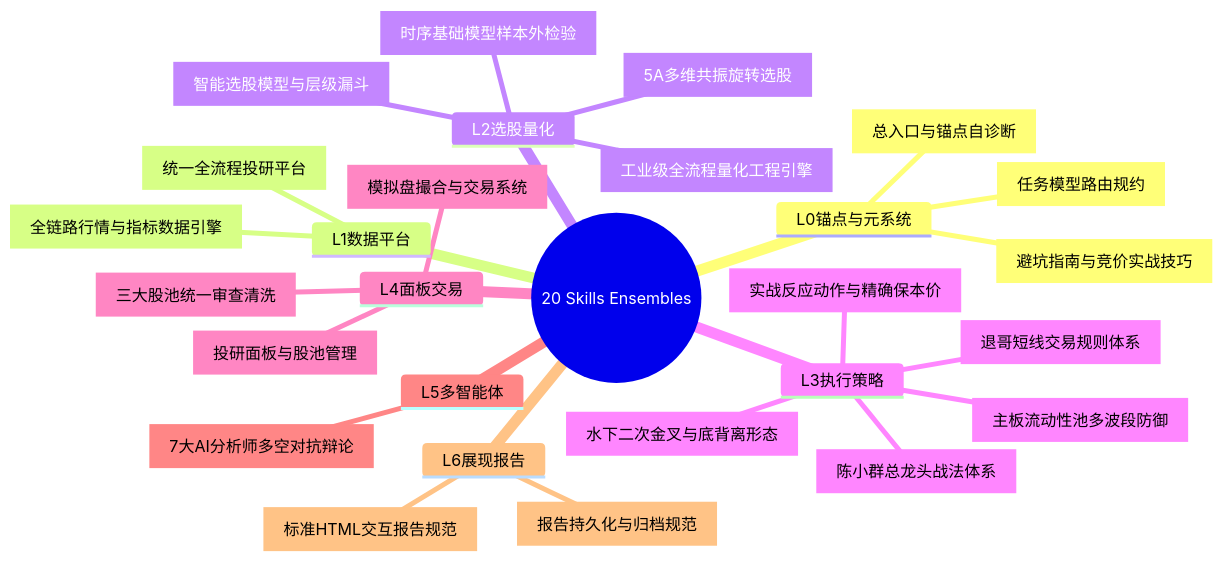
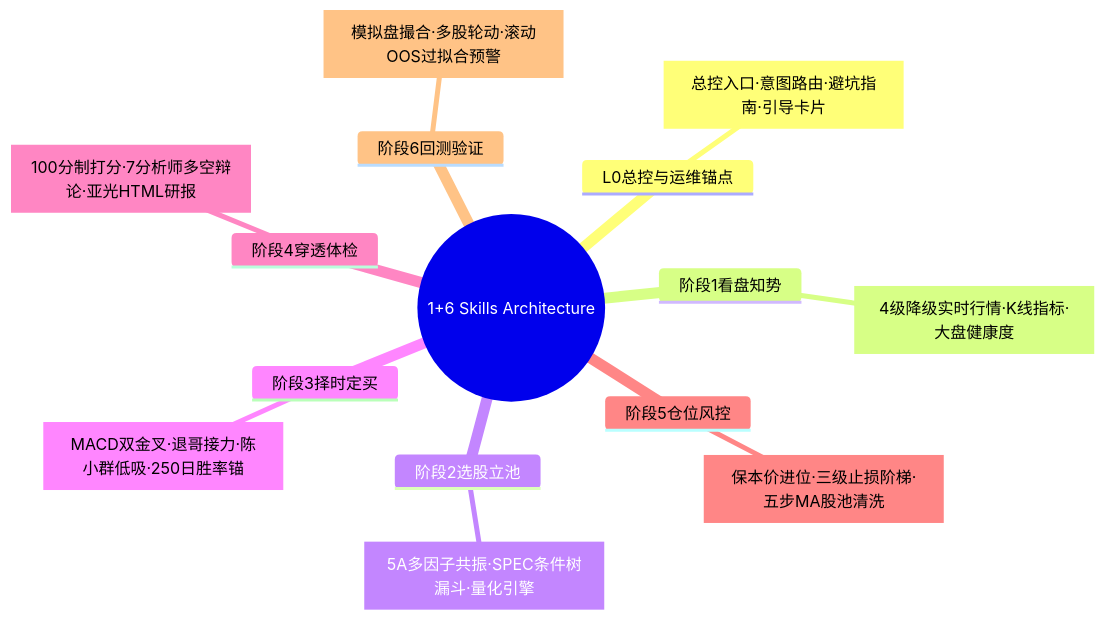
One commit to cvdnn/a_stock_agents changed the second of 3 diagrams in docs/index.md. Above: the diagram before and after it, drawn with Mermaid. The commit also changed other lines of this file and 298 other files, not shown here.

````diff
--- a/docs/index.md
+++ b/docs/index.md
@@ -288,31 +275,18 @@
 ```mermaid
 mindmap
-  root((20 Skills Ensembles))
-    L0锚点与元系统
-      a-stock-agents[总入口与锚点自诊断]
-      astock-meta-routing[任务模型路由规约]
-      astock-knowledge-tips[避坑指南与竞价实战技巧]
-    L1数据平台
-      astock-data-feed[全链路行情与指标数据引擎]
-      astock-platform-evaluate[统一全流程投研平台]
-    L2选股量化
-      astock-screener-5a[5A多维共振旋转选股]
-      astock-selection-model[智能选股模型与层级漏斗]
-      astock-quant-engine[工业级全流程量化工程引擎]
-      astock-model-validation[时序基础模型样本外检验]
-    L3执行策略
-      astock-action-execution[实战反应动作与精确保本价]
-      astock-strategy-chenxiaoqun[陈小群总龙头战法体系]
-      astock-strategy-mainboard[主板流动性池多波段防御]
-      astock-strategy-tuige[退哥短线交易规则体系]
-      astock-strategy-macd[水下二次金叉与底背离形态]
-    L4面板交易
-      astock-pool-dashboard[投研面板与股池管理]
-      astock-pool-audit[三大股池统一审查清洗]
-      astock-trade-paper[模拟盘撮合与交易系统]
-    L5多智能体
-      astock-agent-debate[7大AI分析师多空对抗辩论]
-    L6展现报告
-      astock-report-html[标准HTML交互报告规范]
-      astock-report-archive[报告持久化与归档规范]
+  root((1+6 Skills Architecture))
+    L0总控与运维锚点
+      a-stock-agents[总控入口·意图路由·避坑指南·引导卡片]
+    阶段1看盘知势
+      astock-market-data[4级降级实时行情·K线指标·大盘健康度]
+    阶段2选股立池
+      astock-smart-screener[5A多因子共振·SPEC条件树漏斗·量化引擎]
+    阶段3择时定买
+      astock-tactical-signals[MACD双金叉·退哥接力·陈小群低吸·250日胜率锚]
+    阶段4穿透体检
+      astock-deep-diagnose[100分制打分·7分析师多空辩论·亚光HTML研报]
+    阶段5仓位风控
+      astock-portfolio-action[保本价进位·三级止损阶梯·五步MA股池清洗]
+    阶段6回测验证
+      astock-paper-backtest[模拟盘撮合·多股轮动·滚动OOS过拟合预警]
 ```
````
